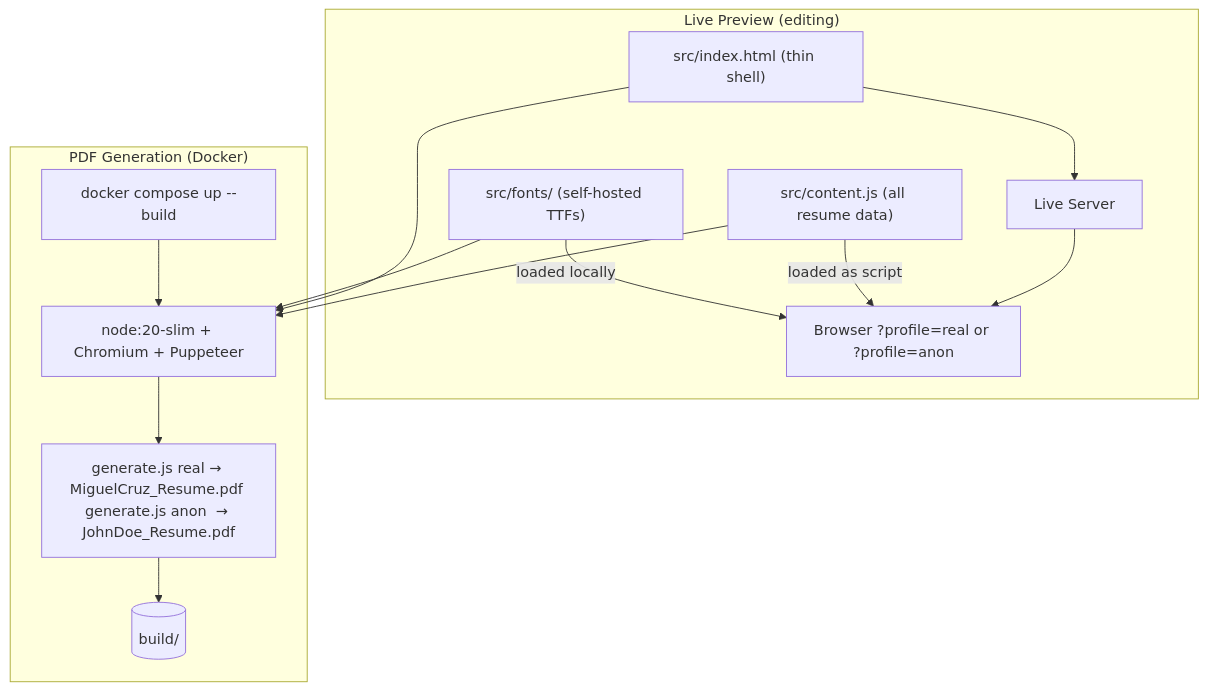
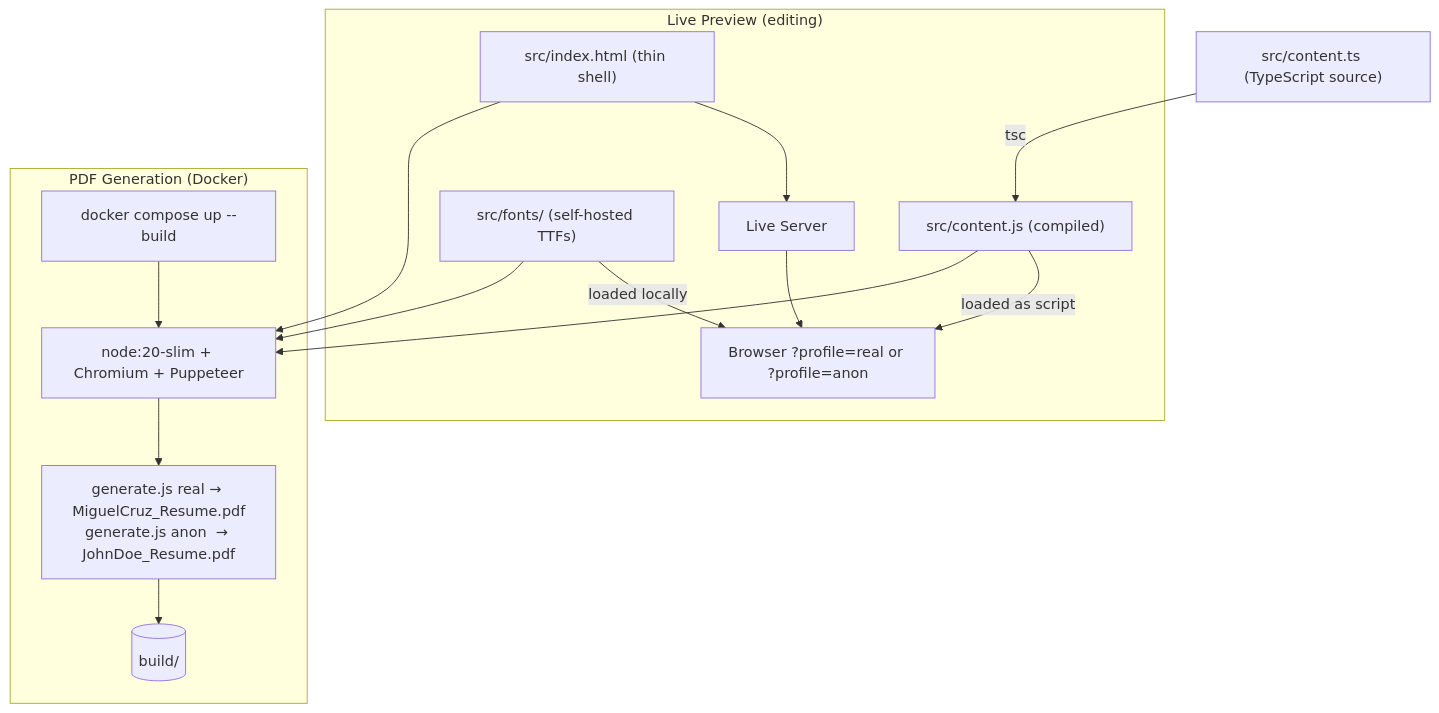
Before and after one commit to migcruz/cruzmiguelresume: the diagram in README.md, drawn with Mermaid. The commit also changed other lines of this file and 8 other files, not shown here.

````diff
--- a/README.md
+++ b/README.md
@@ -74,25 +82,28 @@
 ```mermaid
 flowchart TD
-    content["src/content.js (all resume data)"]
+    contentts["src/content.ts (TypeScript source)"]
+    contentjs["src/content.js (compiled)"]
     html["src/index.html (thin shell)"]
     fonts["src/fonts/ (self-hosted TTFs)"]
+
+    contentts -->|tsc| contentjs
 
     subgraph preview["Live Preview (editing)"]
         LS["Live Server"]
         BR["Browser ?profile=real or ?profile=anon"]
         html --> LS --> BR
-        content -->|loaded as script| BR
+        contentjs -->|loaded as script| BR
         fonts -->|loaded locally| BR
     end
 
     subgraph docker["PDF Generation (Docker)"]
         DC["docker compose up --build"]
         IMG["node:20-slim + Chromium + Puppeteer"]
-        GEN["generate.js real → MiguelCruz_Resume.pdf generate.js anon  → JohnDoe_Resume.pdf"]
+        GEN["generate.js real → MiguelCruz_Resume.pdf\ngenerate.js anon  → JohnDoe_Resume.pdf"]
         VOL[("build/")]
         DC --> IMG --> GEN --> VOL
-        content --> IMG
+        contentjs --> IMG
         html --> IMG
         fonts --> IMG
     end
 ```
````
